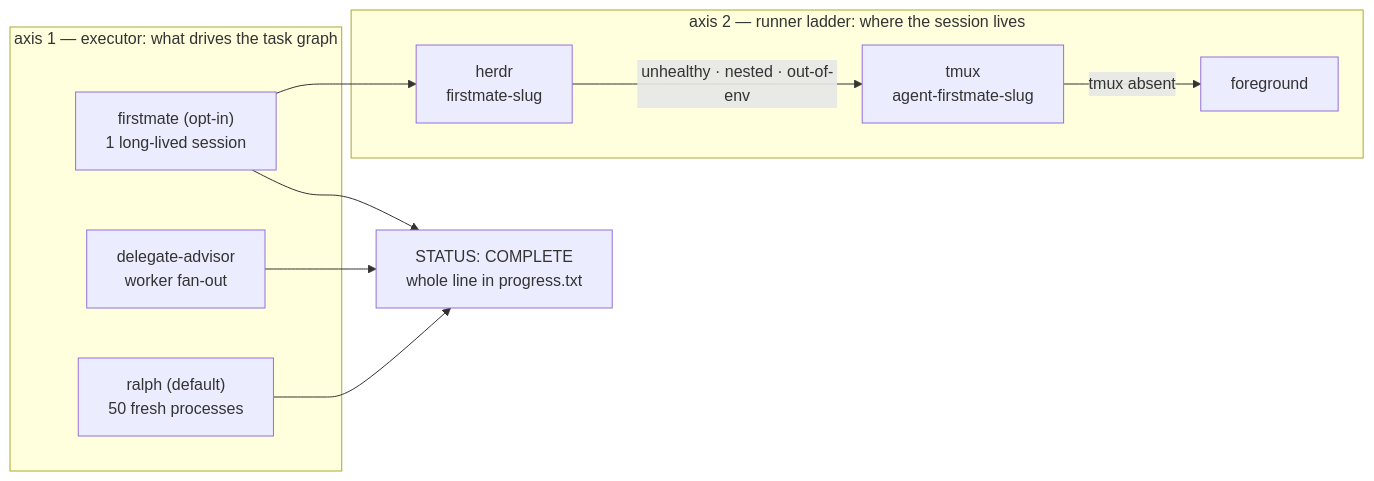
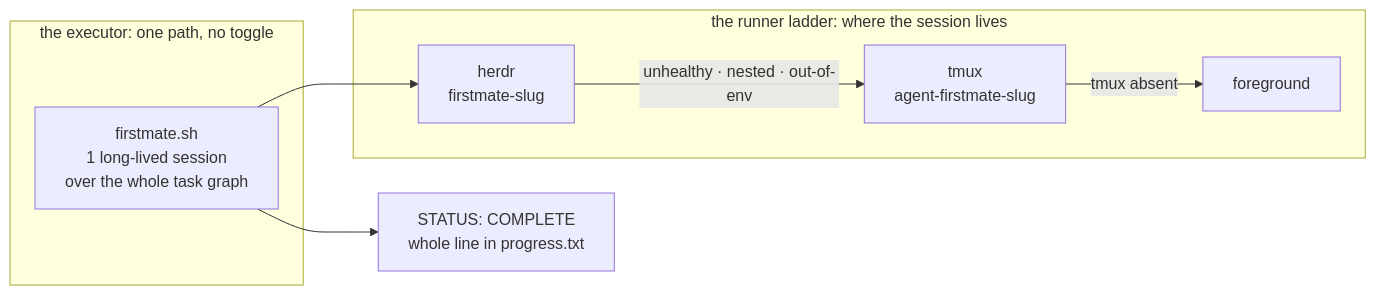
Before and after one commit to mifunedev/openharness: the diagram in .oh/skills/wiki/corpus/build-executor-ladder.md, drawn with Mermaid. The commit also changed other lines of this file and 50 other files, not shown here.

````diff
--- a/.oh/skills/wiki/corpus/build-executor-ladder.md
+++ b/.oh/skills/wiki/corpus/build-executor-ladder.md
@@ -41,16 +45,12 @@
 ```mermaid
 flowchart LR
-  subgraph EX["axis 1 — executor: what drives the task graph"]
-    R["ralph (default)<br/>50 fresh processes"]
-    D["delegate-advisor<br/>worker fan-out"]
-    F["firstmate (opt-in)<br/>1 long-lived session"]
+  subgraph EX["the executor: one path, no toggle"]
+    F["firstmate.sh<br/>1 long-lived session<br/>over the whole task graph"]
   end
-  subgraph RL["axis 2 — runner ladder: where the session lives"]
+  subgraph RL["the runner ladder: where the session lives"]
     H["herdr<br/>firstmate-slug"] -->|"unhealthy · nested · out-of-env"| T["tmux<br/>agent-firstmate-slug"]
     T -->|"tmux absent"| G["foreground"]
   end
   F --> H
-  R --> S["STATUS: COMPLETE<br/>whole line in progress.txt"]
-  D --> S
-  F --> S
+  F --> S["STATUS: COMPLETE<br/>whole line in progress.txt"]
 ```
````
